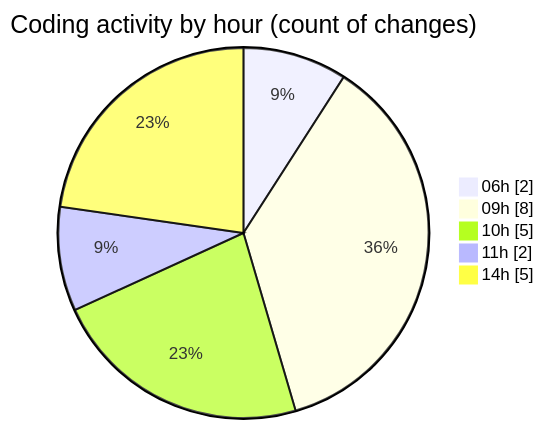
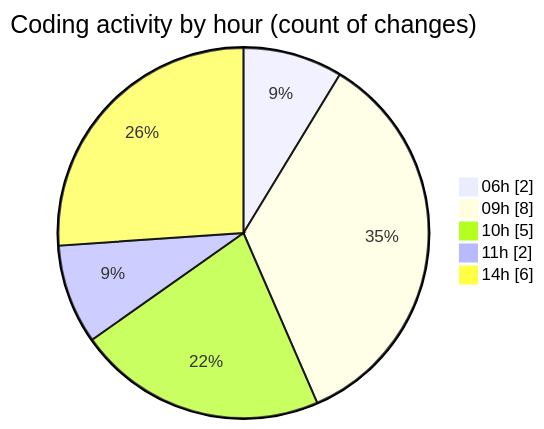
The second of 2 diagrams in 2026-02-24/workbench__workspace_/README.md (jadenblack/code-tracking), drawn with Mermaid before and after one commit. The commit also changed other lines of this file and 1 other file, not shown here.

````diff
--- a/2026-02-24/workbench__workspace_/README.md
+++ b/2026-02-24/workbench__workspace_/README.md
@@ -32,9 +33,9 @@
 ```mermaid
 pie showData
 title Coding activity by hour (count of changes)
 "06h" : 2
 "09h" : 8
 "10h" : 5
 "11h" : 2
-"14h" : 5
+"14h" : 6
 ```
````
